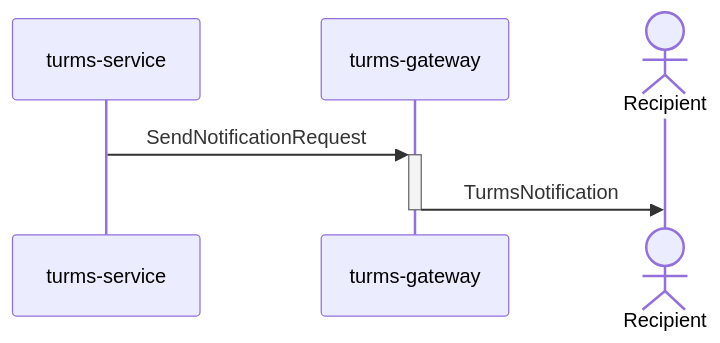
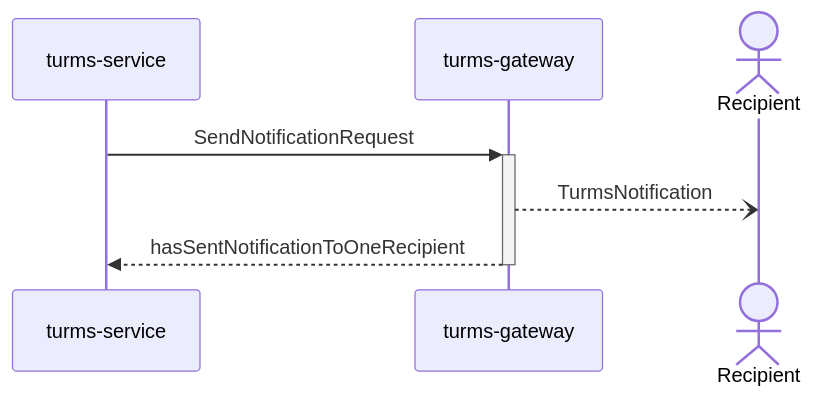
One commit to turms-im/turms changed the second of 3 diagrams in turms-docs/src/for-developers/code.md. Above: the diagram before and after it, drawn with Mermaid. The commit also changed other lines of this file and 2 other files, not shown here.

````diff
--- a/turms-docs/src/for-developers/code.md
+++ b/turms-docs/src/for-developers/code.md
@@ -212,8 +212,9 @@
 ```mermaid
 sequenceDiagram
     participant S as turms-service
     participant G as turms-gateway
     actor R as Recipient
     S->>+G: SendNotificationRequest
-    G->>-R: TurmsNotification
+    G--)R: TurmsNotification
+    G-->>-S: hasSentNotificationToOneRecipient
 ```
````
